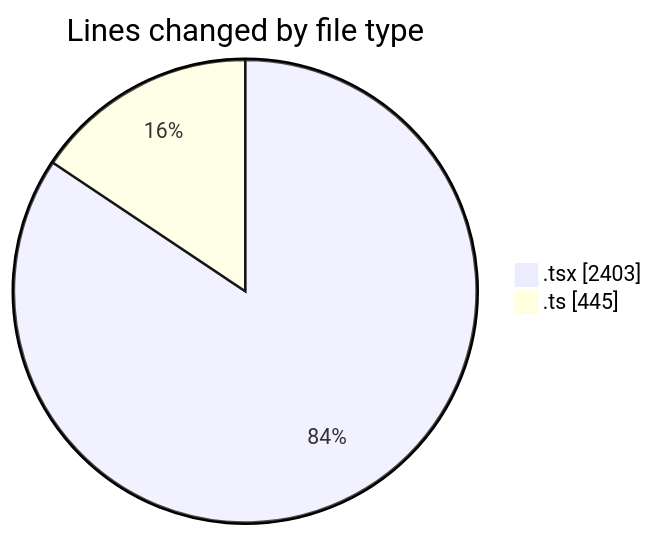
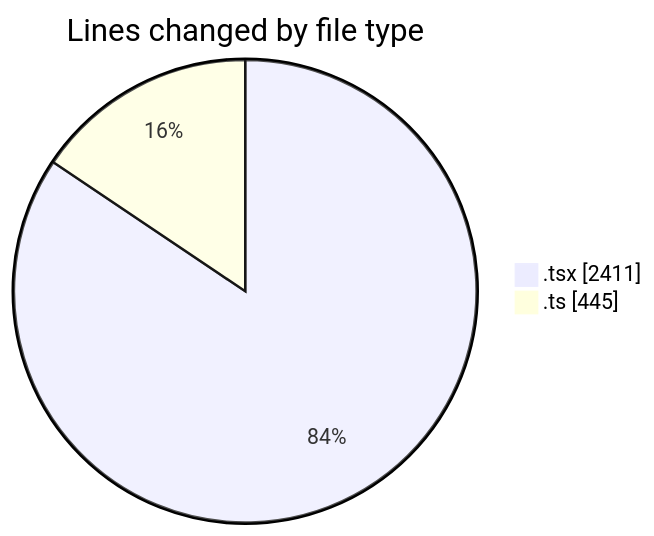
The first of 2 diagrams in 2025-09-24/cda/README.md (momahboobian/code-tracking), drawn with Mermaid before and after one commit. The commit also changed other lines of this file and 1 other file, not shown here.

````diff
--- a/2025-09-24/cda/README.md
+++ b/2025-09-24/cda/README.md
@@ -31,6 +31,6 @@
 ```mermaid
 pie showData
 title Lines changed by file type
-".tsx" : 2403
+".tsx" : 2411
 ".ts" : 445
 ```
````
